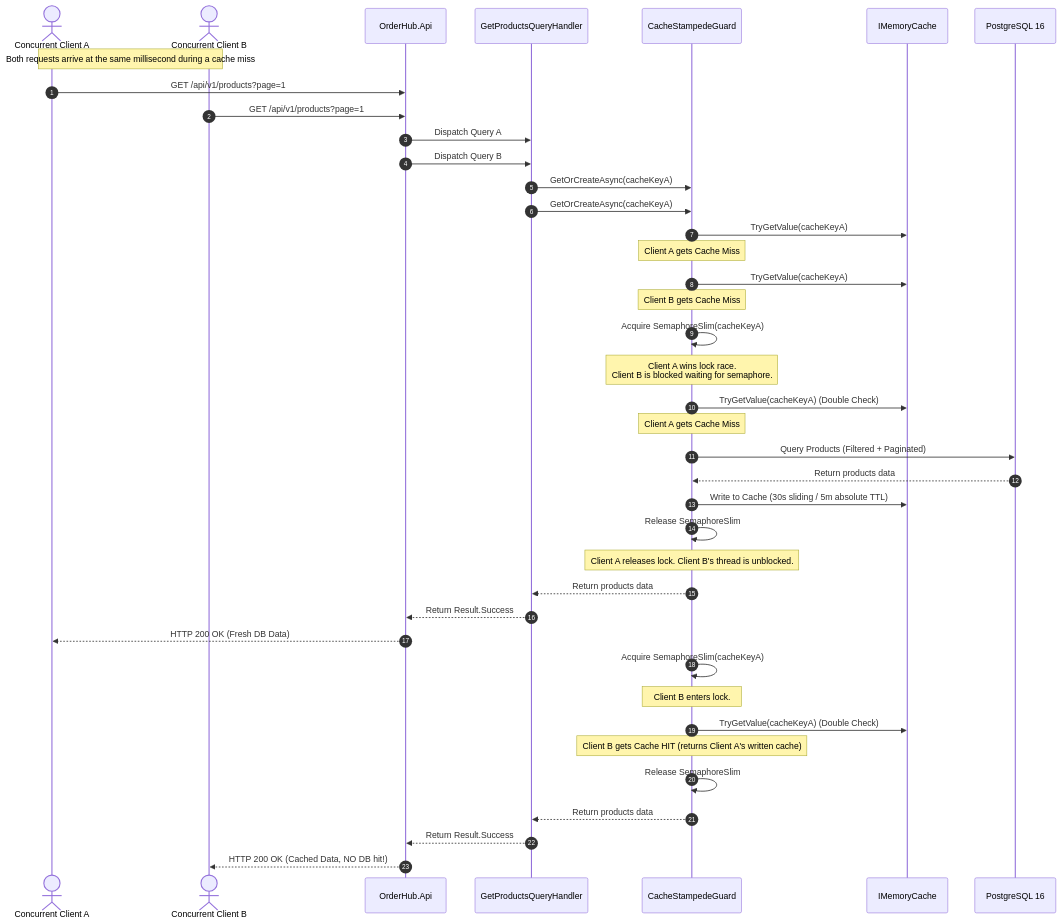
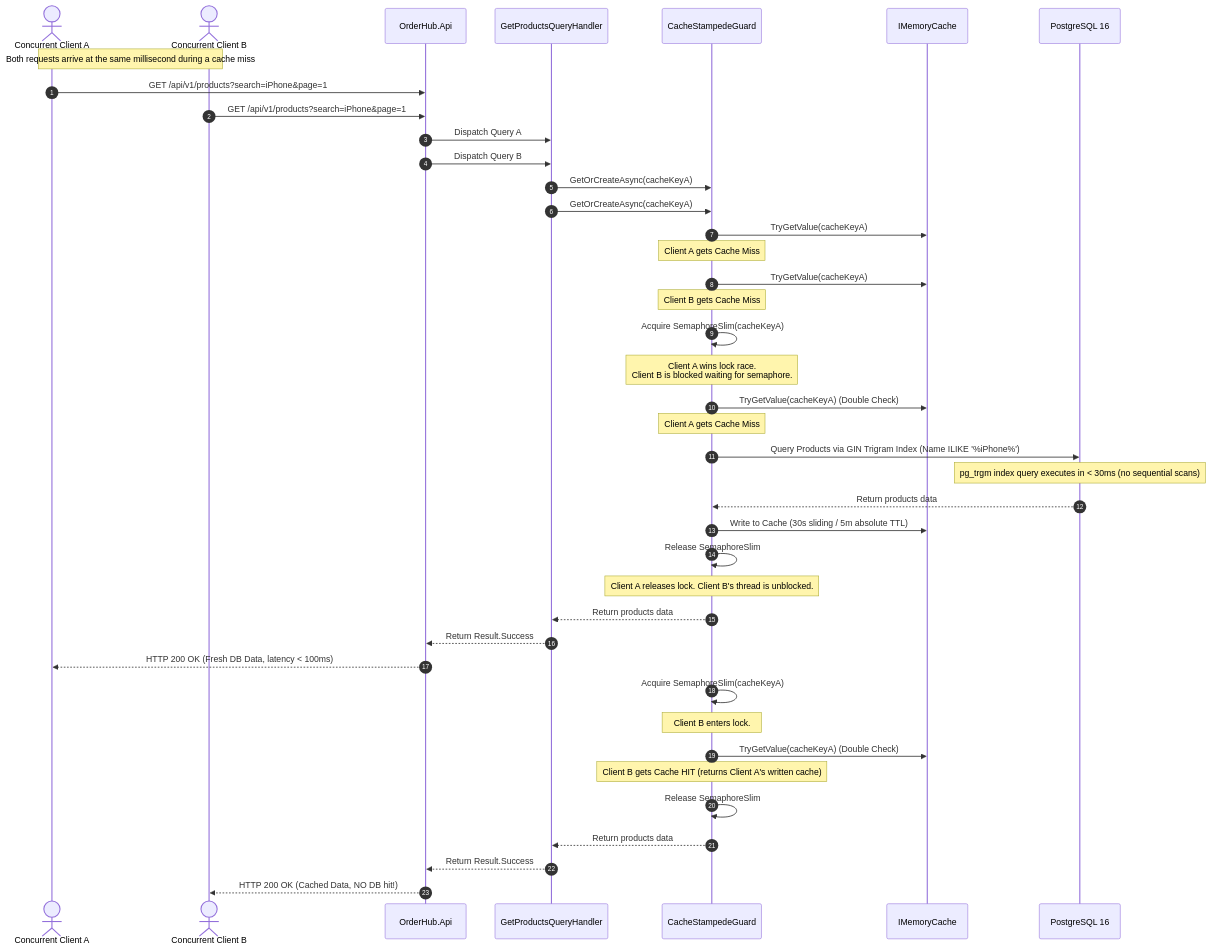
The fourth of 5 diagrams in docs/docusaurus/docs/architecture/06-runtime-view.md (datngw/OrderHub), drawn with Mermaid before and after one commit. The commit also changed other lines of this file, not shown here.

Commit message:
docs: revise architecture runtime view

````diff
--- a/docs/docusaurus/docs/architecture/06-runtime-view.md
+++ b/docs/docusaurus/docs/architecture/06-runtime-view.md
@@ -140,54 +175,55 @@
 ```mermaid
 sequenceDiagram
     autonumber
     actor ClientA as Concurrent Client A
     actor ClientB as Concurrent Client B
     participant API as OrderHub.Api
     participant Handler as GetProductsQueryHandler
     participant Guard as CacheStampedeGuard
     participant Cache as IMemoryCache
     participant DB as PostgreSQL 16
 
     Note over ClientA,ClientB: Both requests arrive at the same millisecond during a cache miss
-    ClientA->>API: GET /api/v1/products?page=1
-    ClientB->>API: GET /api/v1/products?page=1
+    ClientA->>API: GET /api/v1/products?search=iPhone&page=1
+    ClientB->>API: GET /api/v1/products?search=iPhone&page=1
     API->>Handler: Dispatch Query A
     API->>Handler: Dispatch Query B
     
     Handler->>Guard: GetOrCreateAsync(cacheKeyA)
     Handler->>Guard: GetOrCreateAsync(cacheKeyA)
 
     %% Step 1: Check cache without locks
     Guard->>Cache: TryGetValue(cacheKeyA)
     Note over Guard: Client A gets Cache Miss
     Guard->>Cache: TryGetValue(cacheKeyA)
     Note over Guard: Client B gets Cache Miss
 
     %% Step 2: Lock acquisition
     Guard->>Guard: Acquire SemaphoreSlim(cacheKeyA)
     Note over Guard: Client A wins lock race.<br/>Client B is blocked waiting for semaphore.
     
     %% Step 3: Winner double check cache
     Guard->>Cache: TryGetValue(cacheKeyA) (Double Check)
     Note over Guard: Client A gets Cache Miss
     
-    %% Step 4: Query database and write to cache
-    Guard->>DB: Query Products (Filtered + Paginated)
+    %% Step 4: Query database via GIN Trigram search index
+    Guard->>DB: Query Products via GIN Trigram Index (Name ILIKE '%iPhone%')
+    Note over DB: pg_trgm index query executes in < 30ms (no sequential scans)
     DB-->>Guard: Return products data
     Guard->>Cache: Write to Cache (30s sliding / 5m absolute TTL)
     Guard->>Guard: Release SemaphoreSlim
     Note over Guard: Client A releases lock. Client B's thread is unblocked.
     Guard-->>Handler: Return products data
     Handler-->>API: Return Result.Success
-    API-->>ClientA: HTTP 200 OK (Fresh DB Data)
+    API-->>ClientA: HTTP 200 OK (Fresh DB Data, latency < 100ms)
 
     %% Step 5: Loser processing after unblock
     Guard->>Guard: Acquire SemaphoreSlim(cacheKeyA)
     Note over Guard: Client B enters lock.
     Guard->>Cache: TryGetValue(cacheKeyA) (Double Check)
     Note over Guard: Client B gets Cache HIT (returns Client A's written cache)
     Guard->>Guard: Release SemaphoreSlim
     Guard-->>Handler: Return products data
     Handler-->>API: Return Result.Success
     API-->>ClientB: HTTP 200 OK (Cached Data, NO DB hit!)
 ```
````
